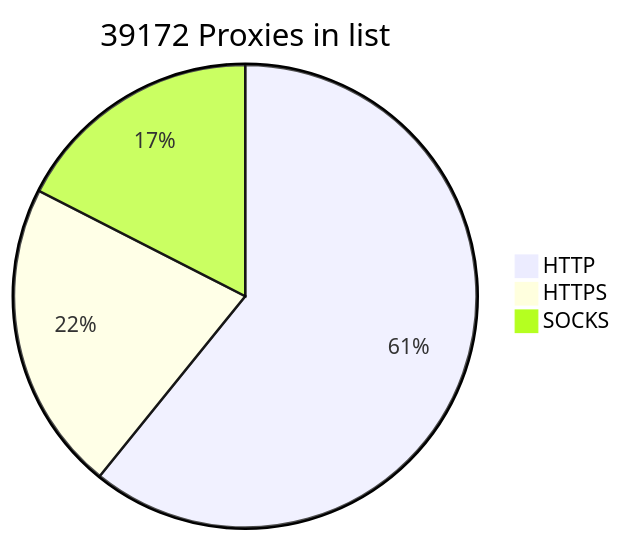
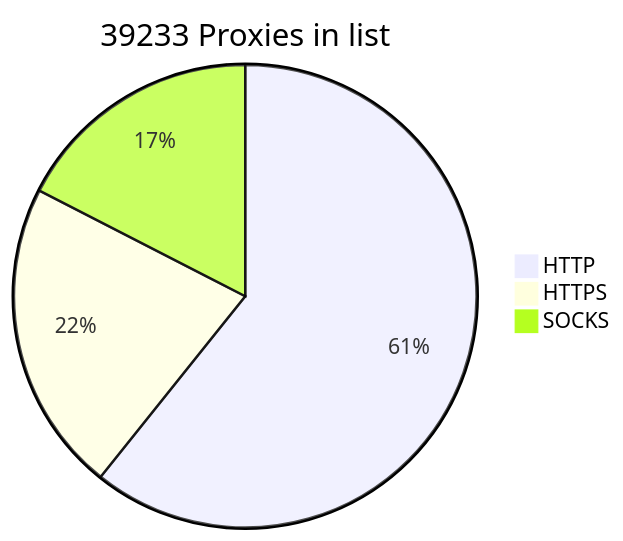
One commit to BlackSnowDot/proxylist-update-every-minute changed the diagram in README.md. Above: the diagram before and after it, drawn with Mermaid.

````diff
--- a/README.md
+++ b/README.md
@@ -2,6 +2,6 @@
 ```mermaid
-pie title 39172 Proxies in list
-    "HTTP" : 27915
-    "HTTPS": 9957
+pie title 39233 Proxies in list
+    "HTTP" : 27916
+    "HTTPS": 10017
     "SOCKS" : 8023
 ```
````
